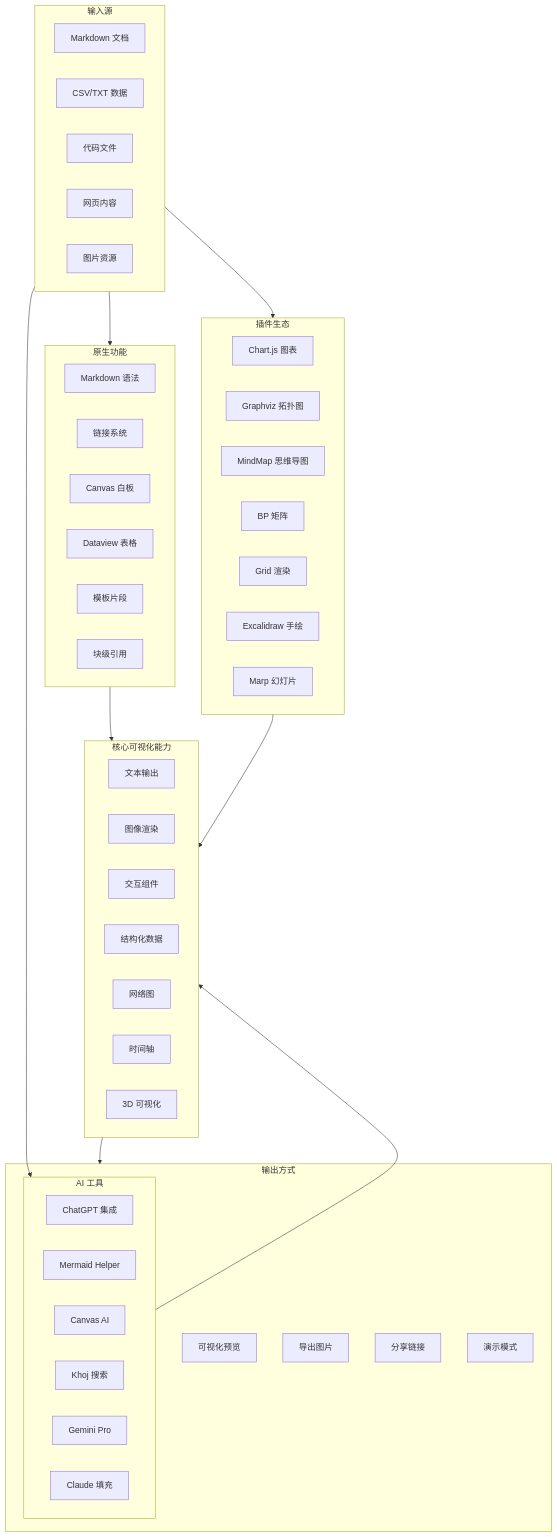
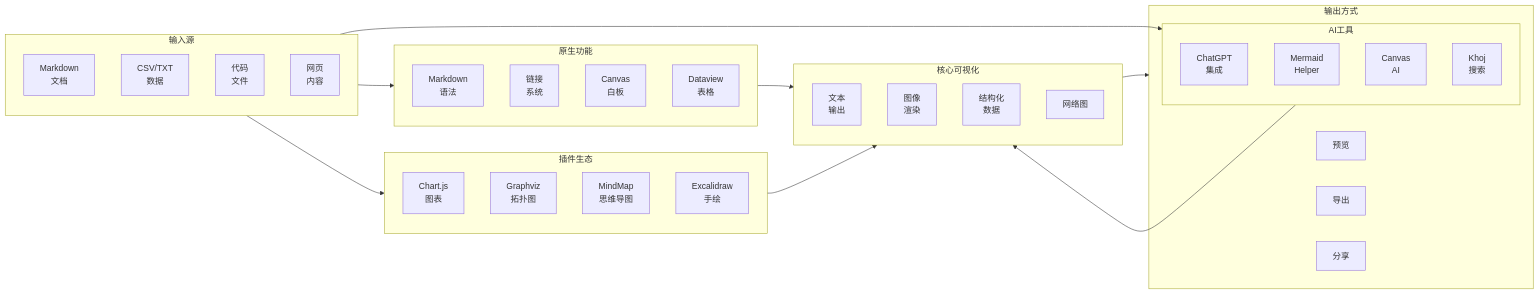
Before and after one commit to xbx2021/obsidian: the diagram in obsidian-visualization-simple.md, drawn with Mermaid. The commit also changed other lines of this file, not shown here.

Commit message:
vault backup: 2026-04-15 18:19:02

````diff
--- a/obsidian-visualization-simple.md
+++ b/obsidian-visualization-simple.md
@@ -6,81 +6,66 @@
 ```mermaid
-graph TB
-    %% 输入源
+graph LR
+    %% 左侧输入
     subgraph Input[输入源]
-        A[Markdown 文档]
-        B[CSV/TXT 数据]
-        C[代码文件]
-        D[网页内容]
-        E[图片资源]
+        A[Markdown<br>文档]
+        B[CSV/TXT<br>数据]
+        C[代码<br>文件]
+        D[网页<br>内容]
     end
 
-    %% 原生功能
+    %% 中间能力层
     subgraph Native[原生功能]
-        F[Markdown 语法]
-        G[链接系统]
-        H[Canvas 白板]
-        I[Dataview 表格]
-        J[模板片段]
-        K[块级引用]
+        F[Markdown<br>语法]
+        G[链接<br>系统]
+        H[Canvas<br>白板]
+        I[Dataview<br>表格]
     end
 
-    %% 插件生态
     subgraph Plugins[插件生态]
-        L[Chart.js 图表]
-        M[Graphviz 拓扑图]
-        N[MindMap 思维导图]
-        O[BP 矩阵]
-        P[Grid 渲染]
-        Q[Excalidraw 手绘]
-        R[Marp 幻灯片]
+        L[Chart.js<br>图表]
+        M[Graphviz<br>拓扑图]
+        N[MindMap<br>思维导图]
+        O[Excalidraw<br>手绘]
     end
 
-    %% AI 工具
-    subgraph AI[AI 工具]
-        S[ChatGPT 集成]
-        T[Mermaid Helper]
-        U[Canvas AI]
-        V[Khoj 搜索]
-        W[Gemini Pro]
-        X[Claude 填充]
+    subgraph AI[AI工具]
+        S[ChatGPT<br>集成]
+        T[Mermaid<br>Helper]
+        U[Canvas<br>AI]
+        V[Khoj<br>搜索]
     end
 
-    %% 核心能力
-    subgraph Core[核心可视化能力]
-        Y[文本输出]
-        Z[图像渲染]
-        AA[交互组件]
-        AB[结构化数据]
+    %% 右侧输出
+    subgraph Core[核心可视化]
+        Y[文本<br>输出]
+        Z[图像<br>渲染]
+        AB[结构化<br>数据]
         AC[网络图]
-        AD[时间轴]
-        AE[3D 可视化]
     end
 
-    %% 输出方式
     subgraph Output[输出方式]
-        AF[可视化预览]
-        AG[导出图片]
-        AH[分享链接]
-        AI[PDF/HTML]
-        AJ[演示模式]
+        AF[预览]
+        AG[导出]
+        AH[分享]
+        AI[演示]
     end
 
-    %% 连接关系
+    %% 连接关系 - 横向流动
     Input --> Native
     Input --> Plugins
     Input --> AI
     
     Native --> Core
     Plugins --> Core
     AI --> Core
     
     Core --> Output
 
     %% 样式定义
-    classDef Input fill:#fee2e2,stroke:#dc2626
-    classDef Native fill:#e5f3ff,stroke:#3182ce
-    classDef Plugins fill:#f0fdf4,stroke:#16a34a
-    classDef AI fill:#fef3c7,stroke:#d97706
-    classDef Core fill:#f3e8ff,stroke:#7c3aed
-    classDef Output fill:#dcfce7,stroke:#16a34a
+    classDef Input fill:#ffe3e3,stroke:#e53e3e
+    classDef Native fill:#e6f3ff,stroke:#3182ce
+    classDef Plugins fill:#e6fffa,stroke:#38b2ac
+    classDef AI fill:#fff5b4,stroke:#d69e2e
+    classDef Core fill:#f6e6ff,stroke:#805ad5
+    classDef Output fill:#d4f4dd,stroke:#48bb78
 ```
````
